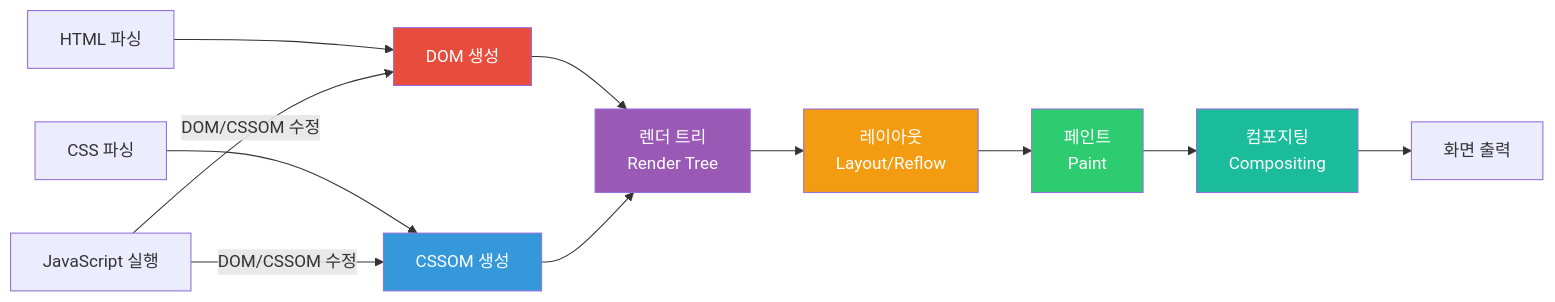
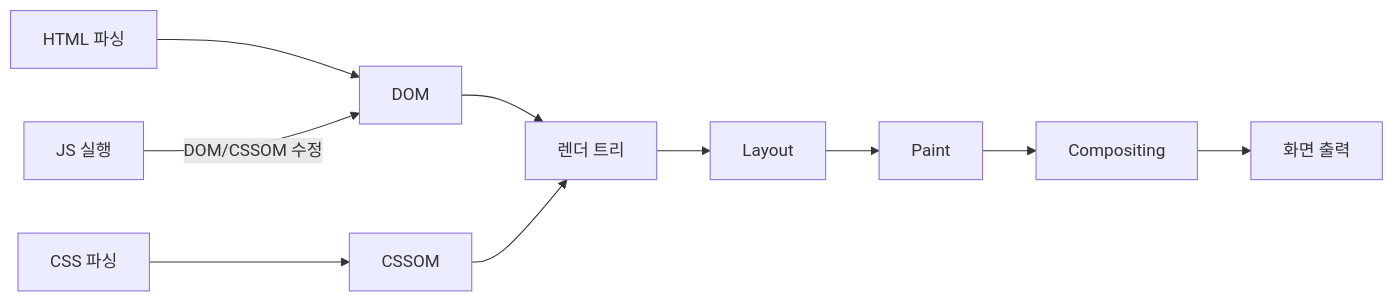
Before and after one commit to yjkim2015/yjkim2015.github.io: the first of 10 diagrams in _posts/frontend/2026-05-02-browser-rendering.md, drawn with Mermaid. The commit also changed other lines of this file and 215 other files, not shown here.

First line of the commit message:
신규 포스트 10개 추가 + Mermaid 전면 축소 + SystemDesign 시리즈 보강

````diff
--- a/_posts/frontend/2026-05-02-browser-rendering.md
+++ b/_posts/frontend/2026-05-02-browser-rendering.md
@@ -29,21 +29,12 @@
 ```mermaid
 flowchart LR
-    HTML["HTML 파싱"] --> DOM["DOM 생성"]
-    CSS["CSS 파싱"] --> CSSOM["CSSOM 생성"]
-    DOM --> RT["렌더 트리<br>Render Tree"]
+    HTML["HTML 파싱"] --> DOM["DOM"]
+    CSS["CSS 파싱"] --> CSSOM["CSSOM"]
+    DOM --> RT["렌더 트리"]
     CSSOM --> RT
-    RT --> L["레이아웃<br>Layout/Reflow"]
-    L --> P["페인트<br>Paint"]
-    P --> C["컴포지팅<br>Compositing"]
+    RT --> L["Layout"]
+    L --> P["Paint"]
+    P --> C["Compositing"]
     C --> SCREEN["화면 출력"]
-
-    JS["JavaScript 실행"] -->|"DOM/CSSOM 수정"| DOM
-    JS -->|"DOM/CSSOM 수정"| CSSOM
-
-    style DOM fill:#e74c3c,color:#fff
-    style CSSOM fill:#3498db,color:#fff
-    style RT fill:#9b59b6,color:#fff
-    style L fill:#f39c12,color:#fff
-    style P fill:#2ecc71,color:#fff
-    style C fill:#1abc9c,color:#fff
+    JS["JS 실행"] -->|"DOM/CSSOM 수정"| DOM
 ```
````
